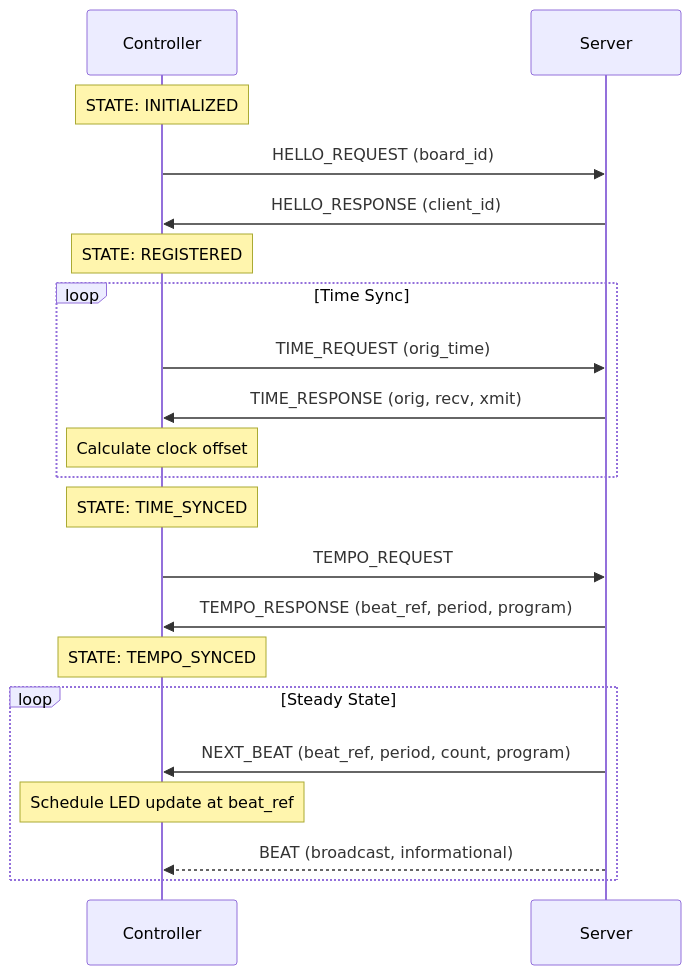
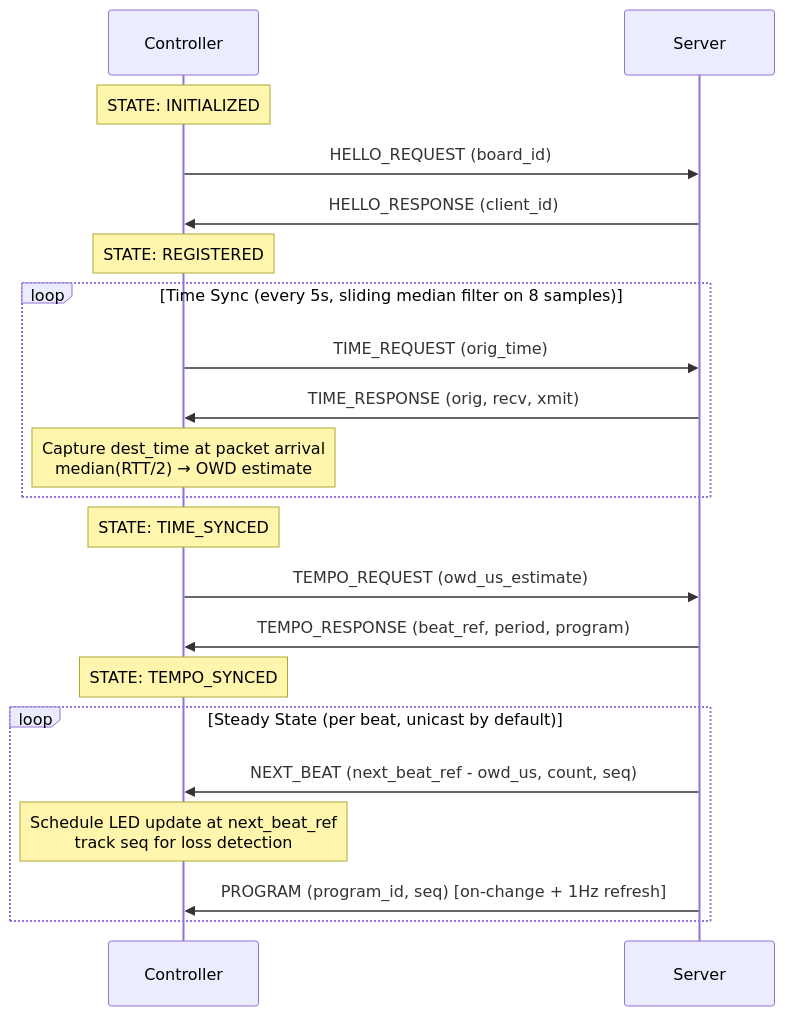
Before and after one commit to oost/beatled: the diagram in docs/controller-sync.markdown, drawn with Mermaid. The commit also changed other lines of this file and 8 other files, not shown here.

````diff
--- a/docs/controller-sync.markdown
+++ b/docs/controller-sync.markdown
@@ -12,27 +12,27 @@
 ```mermaid
 sequenceDiagram
     participant C as Controller
     participant S as Server
 
     Note over C: STATE: INITIALIZED
     C->>S: HELLO_REQUEST (board_id)
     S->>C: HELLO_RESPONSE (client_id)
     Note over C: STATE: REGISTERED
 
-    loop Time Sync
+    loop Time Sync (every 5s, sliding median filter on 8 samples)
         C->>S: TIME_REQUEST (orig_time)
         S->>C: TIME_RESPONSE (orig, recv, xmit)
-        Note over C: Calculate clock offset
+        Note over C: Capture dest_time at packet arrival<br/>median(RTT/2) → OWD estimate
     end
     Note over C: STATE: TIME_SYNCED
 
-    C->>S: TEMPO_REQUEST
+    C->>S: TEMPO_REQUEST (owd_us_estimate)
     S->>C: TEMPO_RESPONSE (beat_ref, period, program)
     Note over C: STATE: TEMPO_SYNCED
 
-    loop Steady State
-        S->>C: NEXT_BEAT (beat_ref, period, count, program)
-        Note over C: Schedule LED update at beat_ref
-        S-->>C: BEAT (broadcast, informational)
+    loop Steady State (per beat, unicast by default)
+        S->>C: NEXT_BEAT (next_beat_ref - owd_us, count, seq)
+        Note over C: Schedule LED update at next_beat_ref<br/>track seq for loss detection
+        S->>C: PROGRAM (program_id, seq) [on-change + 1Hz refresh]
     end
 ```
````
